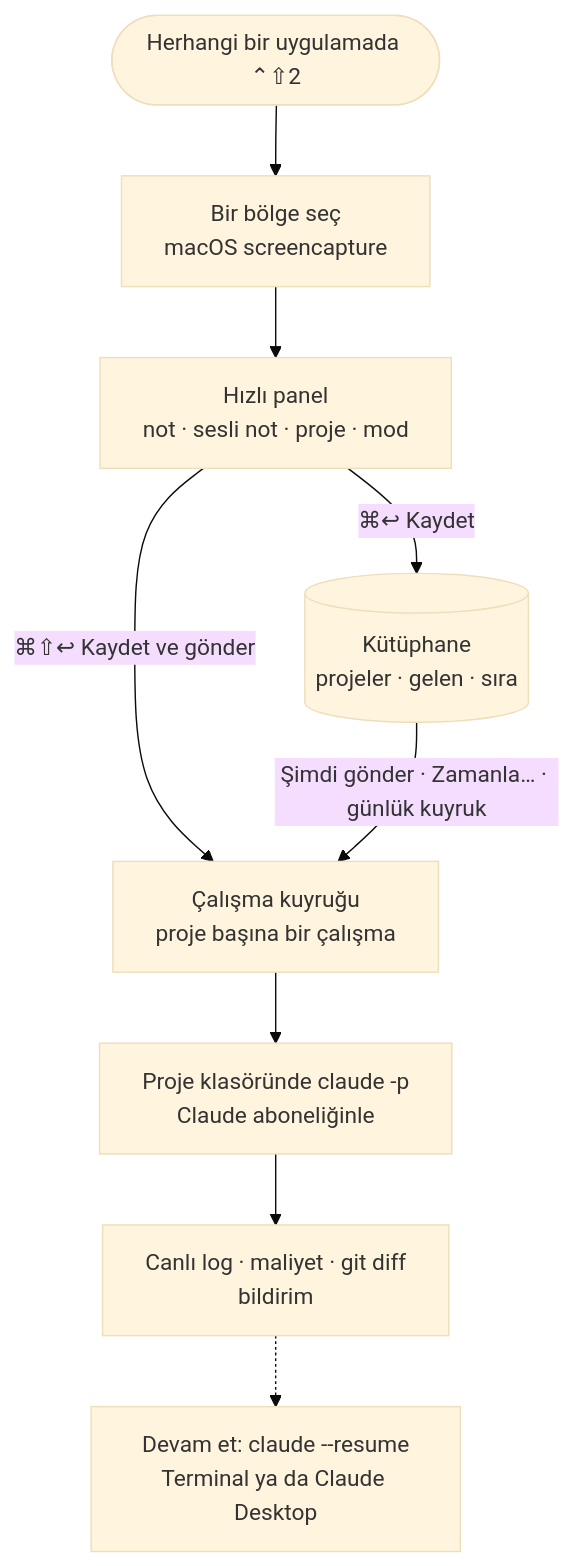
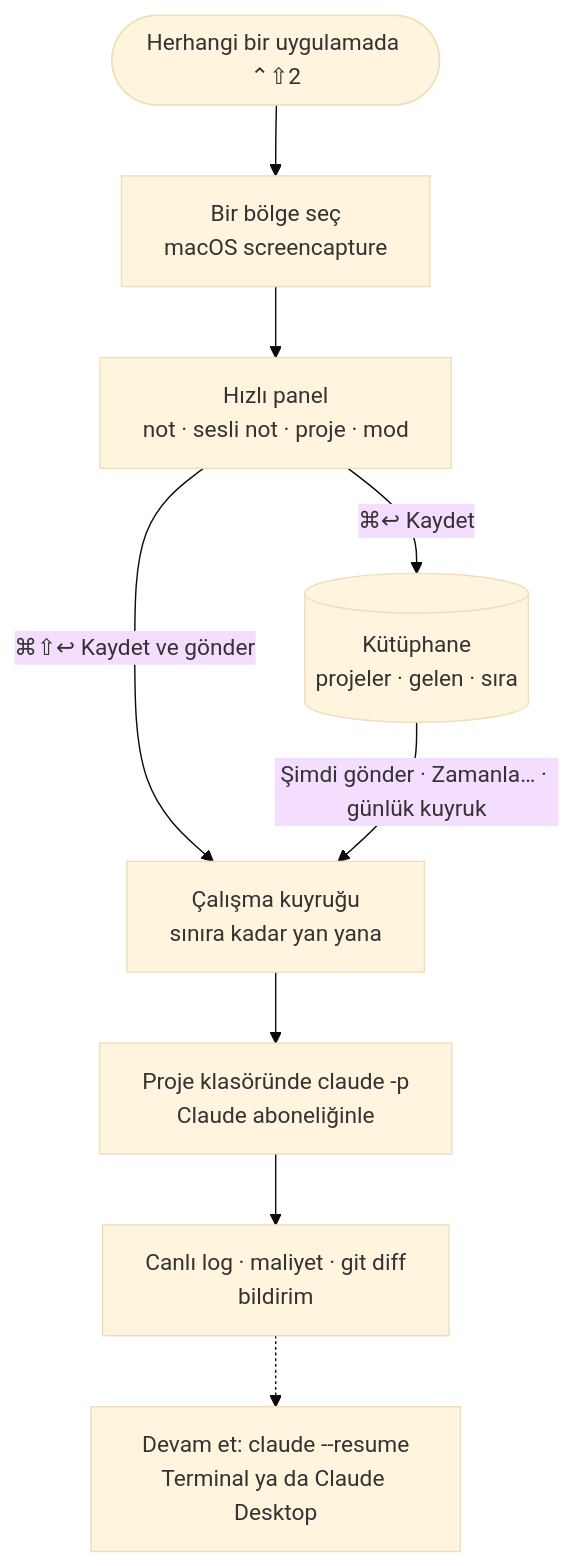
One commit to egekibar/Shotcue changed the first of 2 diagrams in README.tr.md. Above: the diagram before and after it, drawn with Mermaid (base theme). The commit also changed other lines of this file and 3 other files, not shown here.

````diff
--- a/README.tr.md
+++ b/README.tr.md
@@ -98,11 +98,11 @@
 ```mermaid
 flowchart TB
     A(["Herhangi bir uygulamada ⌃⇧2"]) --> B["Bir bölge seç<br/>macOS screencapture"]
     B --> C["Hızlı panel<br/>not · sesli not · proje · mod"]
     C -- "⌘↩ Kaydet" --> D[("Kütüphane<br/>projeler · gelen · sıra")]
     C -- "⌘⇧↩ Kaydet ve gönder" --> E
-    D -- "Şimdi gönder · Zamanla… · günlük kuyruk" --> E["Çalışma kuyruğu<br/>proje başına bir çalışma"]
+    D -- "Şimdi gönder · Zamanla… · günlük kuyruk" --> E["Çalışma kuyruğu<br/>sınıra kadar yan yana"]
     E --> F["Proje klasöründe claude -p<br/>Claude aboneliğinle"]
     F --> G["Canlı log · maliyet · git diff<br/>bildirim"]
     G -.-> H["Devam et: claude --resume<br/>Terminal ya da Claude Desktop"]
 ```
````
